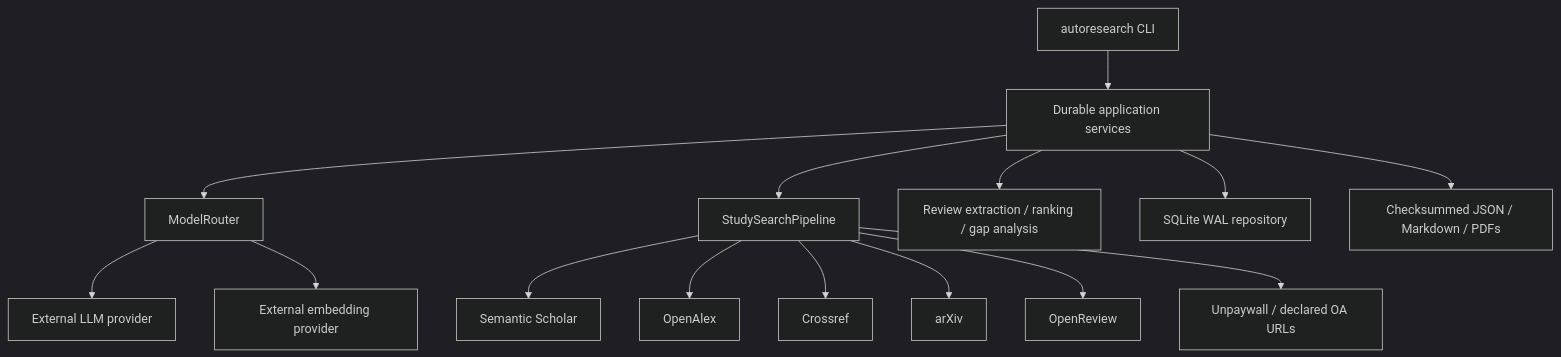
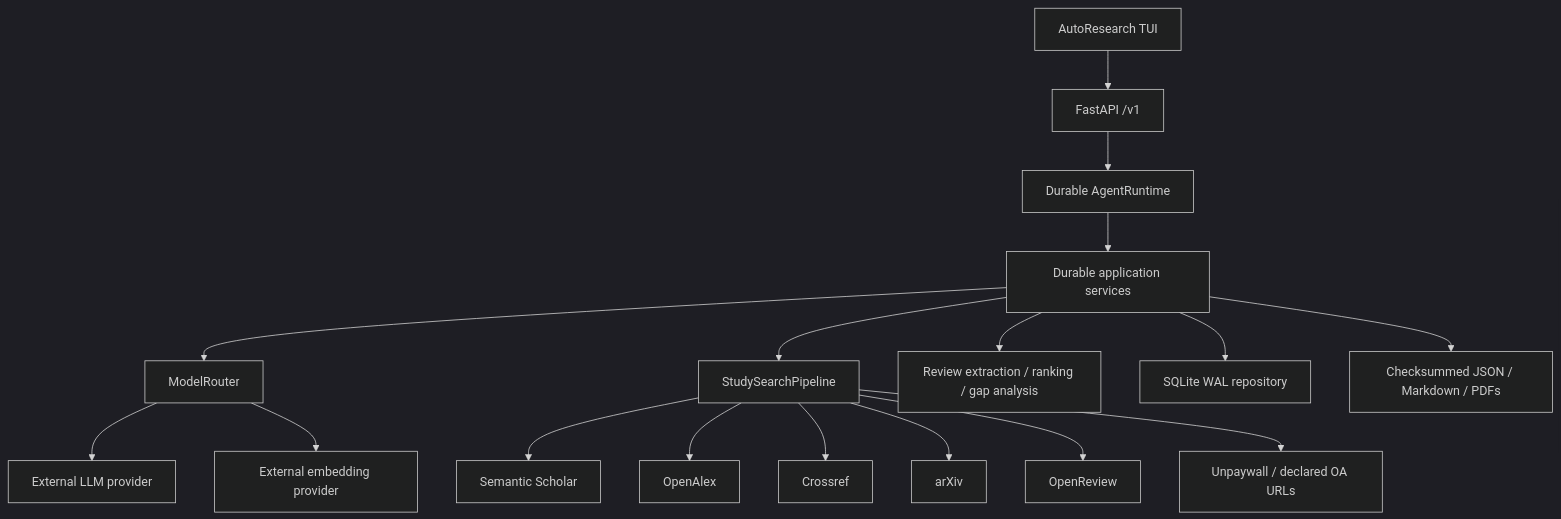
Before and after one commit to mobashirsifat123/autoresearch: the diagram in docs/architecture.md, drawn with Mermaid (dark theme). The commit also changed other lines of this file and 37 other files, not shown here.

Commit message:
feat: finalize QA-hardened unified agent runtime

````diff
--- a/docs/architecture.md
+++ b/docs/architecture.md
@@ -28,17 +31,19 @@
 ```mermaid
 flowchart TD
-  CLI["autoresearch CLI"] --> APP["Durable application services"]
+  CLI["AutoResearch TUI"] --> API["FastAPI /v1"]
+  API --> AGENT["Durable AgentRuntime"]
+  AGENT --> APP["Durable application services"]
   APP --> ROUTER["ModelRouter"]
   ROUTER --> LLM["External LLM provider"]
   ROUTER --> EMB["External embedding provider"]
   APP --> SEARCH["StudySearchPipeline"]
   SEARCH --> S2["Semantic Scholar"]
   SEARCH --> OA["OpenAlex"]
   SEARCH --> CR["Crossref"]
   SEARCH --> AX["arXiv"]
   SEARCH --> OR["OpenReview"]
   SEARCH --> UP["Unpaywall / declared OA URLs"]
   APP --> REVIEW["Review extraction / ranking / gap analysis"]
   APP --> DB["SQLite WAL repository"]
   APP --> FILES["Checksummed JSON / Markdown / PDFs"]
 ```
````
